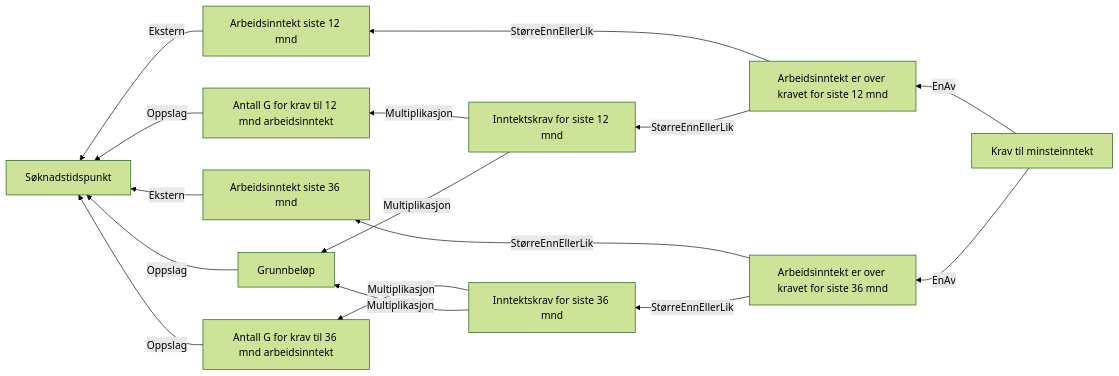
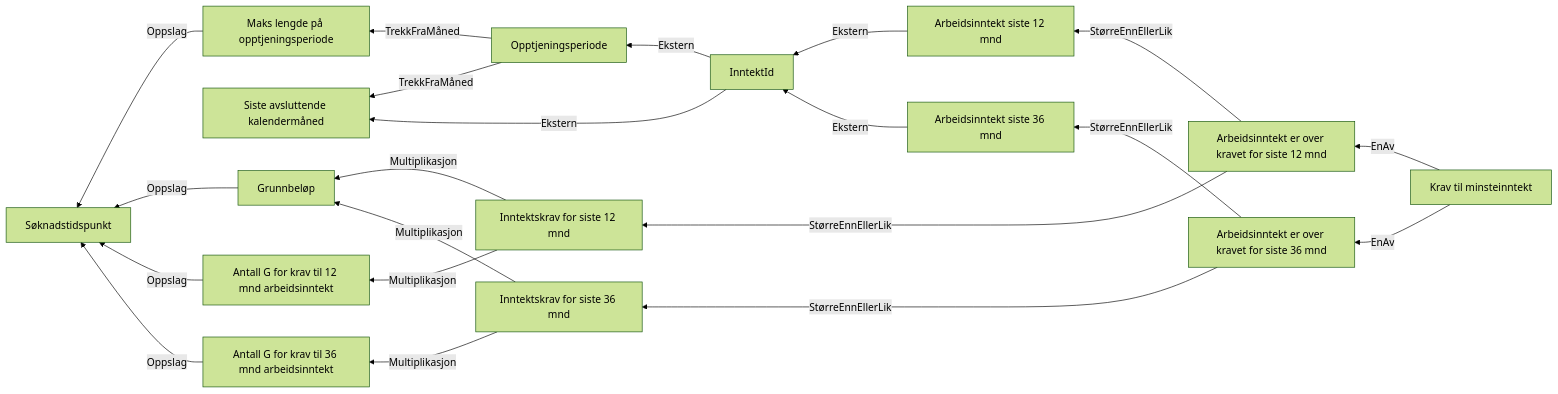
One commit to navikt/dp-vedtak changed the diagram in docs/regler/§ 4-4. Krav til minsteinntekt.approved.md. Above: the diagram before and after it, drawn with Mermaid (forest theme). The commit also changed 8 other files, not shown here.

Commit message:
Fastsett enn inntektsId som brukes til å hente inn inntekt

````diff
--- a/docs/regler/§ 4-4. Krav til minsteinntekt.approved.md
+++ b/docs/regler/§ 4-4. Krav til minsteinntekt.approved.md
@@ -5,18 +5,23 @@
 ```mermaid
                     graph RL
-  A["Grunnbeløp"] -->|"Oppslag"| B["Søknadstidspunkt"]
-  C["Arbeidsinntekt siste 12 mnd"] -->|"Ekstern"| B["Søknadstidspunkt"]
-  D["Antall G for krav til 12 mnd arbeidsinntekt"] -->|"Oppslag"| B["Søknadstidspunkt"]
-  E["Inntektskrav for siste 12 mnd"] -->|"Multiplikasjon"| D["Antall G for krav til 12 mnd arbeidsinntekt"]
-  E["Inntektskrav for siste 12 mnd"] -->|"Multiplikasjon"| A["Grunnbeløp"]
-  F["Arbeidsinntekt er over kravet for siste 12 mnd"] -->|"StørreEnnEllerLik"| C["Arbeidsinntekt siste 12 mnd"]
-  F["Arbeidsinntekt er over kravet for siste 12 mnd"] -->|"StørreEnnEllerLik"| E["Inntektskrav for siste 12 mnd"]
-  G["Arbeidsinntekt siste 36 mnd"] -->|"Ekstern"| B["Søknadstidspunkt"]
-  H["Antall G for krav til 36 mnd arbeidsinntekt"] -->|"Oppslag"| B["Søknadstidspunkt"]
-  I["Inntektskrav for siste 36 mnd"] -->|"Multiplikasjon"| H["Antall G for krav til 36 mnd arbeidsinntekt"]
-  I["Inntektskrav for siste 36 mnd"] -->|"Multiplikasjon"| A["Grunnbeløp"]
-  J["Arbeidsinntekt er over kravet for siste 36 mnd"] -->|"StørreEnnEllerLik"| G["Arbeidsinntekt siste 36 mnd"]
-  J["Arbeidsinntekt er over kravet for siste 36 mnd"] -->|"StørreEnnEllerLik"| I["Inntektskrav for siste 36 mnd"]
-  K["Krav til minsteinntekt"] -->|"EnAv"| F["Arbeidsinntekt er over kravet for siste 12 mnd"]
-  K["Krav til minsteinntekt"] -->|"EnAv"| J["Arbeidsinntekt er over kravet for siste 36 mnd"]
+  A["Maks lengde på opptjeningsperiode"] -->|"Oppslag"| B["Søknadstidspunkt"]
+  C["Opptjeningsperiode"] -->|"TrekkFraMåned"| D["Siste avsluttende kalendermåned"]
+  C["Opptjeningsperiode"] -->|"TrekkFraMåned"| A["Maks lengde på opptjeningsperiode"]
+  E["InntektId"] -->|"Ekstern"| D["Siste avsluttende kalendermåned"]
+  E["InntektId"] -->|"Ekstern"| C["Opptjeningsperiode"]
+  F["Grunnbeløp"] -->|"Oppslag"| B["Søknadstidspunkt"]
+  G["Arbeidsinntekt siste 12 mnd"] -->|"Ekstern"| E["InntektId"]
+  H["Antall G for krav til 12 mnd arbeidsinntekt"] -->|"Oppslag"| B["Søknadstidspunkt"]
+  I["Inntektskrav for siste 12 mnd"] -->|"Multiplikasjon"| H["Antall G for krav til 12 mnd arbeidsinntekt"]
+  I["Inntektskrav for siste 12 mnd"] -->|"Multiplikasjon"| F["Grunnbeløp"]
+  J["Arbeidsinntekt er over kravet for siste 12 mnd"] -->|"StørreEnnEllerLik"| G["Arbeidsinntekt siste 12 mnd"]
+  J["Arbeidsinntekt er over kravet for siste 12 mnd"] -->|"StørreEnnEllerLik"| I["Inntektskrav for siste 12 mnd"]
+  K["Arbeidsinntekt siste 36 mnd"] -->|"Ekstern"| E["InntektId"]
+  L["Antall G for krav til 36 mnd arbeidsinntekt"] -->|"Oppslag"| B["Søknadstidspunkt"]
+  M["Inntektskrav for siste 36 mnd"] -->|"Multiplikasjon"| L["Antall G for krav til 36 mnd arbeidsinntekt"]
+  M["Inntektskrav for siste 36 mnd"] -->|"Multiplikasjon"| F["Grunnbeløp"]
+  N["Arbeidsinntekt er over kravet for siste 36 mnd"] -->|"StørreEnnEllerLik"| K["Arbeidsinntekt siste 36 mnd"]
+  N["Arbeidsinntekt er over kravet for siste 36 mnd"] -->|"StørreEnnEllerLik"| M["Inntektskrav for siste 36 mnd"]
+  O["Krav til minsteinntekt"] -->|"EnAv"| J["Arbeidsinntekt er over kravet for siste 12 mnd"]
+  O["Krav til minsteinntekt"] -->|"EnAv"| N["Arbeidsinntekt er over kravet for siste 36 mnd"]
 ```
````
